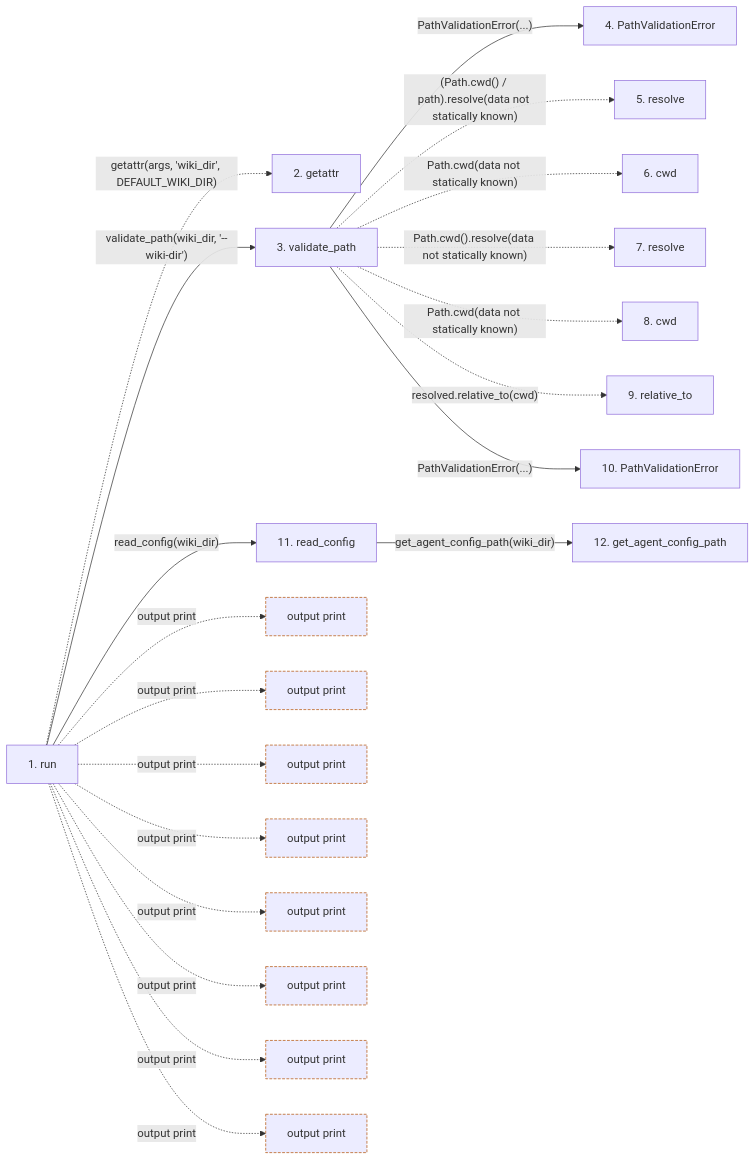
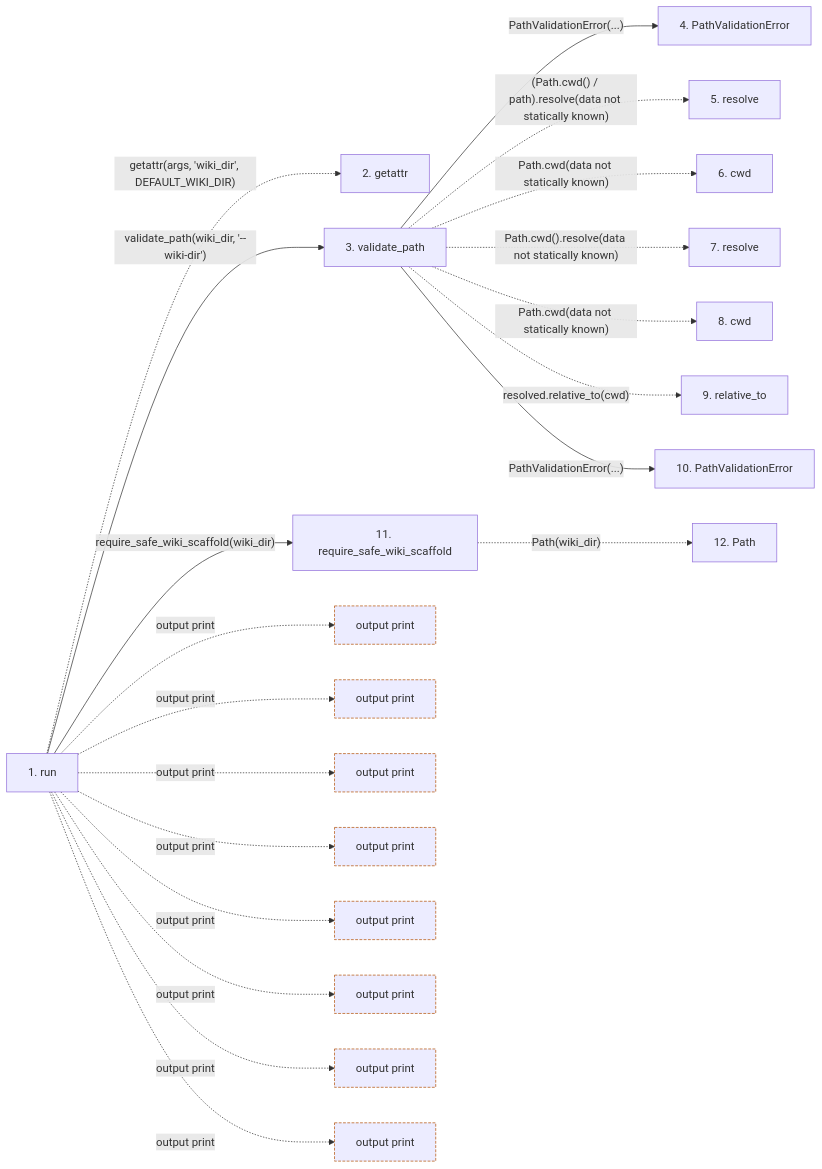
One commit to Denissvgn/python-wiki-llm changed the second of 2 diagrams in docs/llm_wiki/flows/cli-upgrade.md. Above: the diagram before and after it, drawn with Mermaid. The commit also changed other lines of this file and 364 other files, not shown here.

````diff
--- a/docs/llm_wiki/flows/cli-upgrade.md
+++ b/docs/llm_wiki/flows/cli-upgrade.md
@@ -88,57 +89,56 @@
 ```mermaid
 flowchart LR
     s1["1. run"]
     s2["2. getattr"]
     s3["3. validate_path"]
     s4["4. PathValidationError"]
     s5["5. resolve"]
     s6["6. cwd"]
     s7["7. resolve"]
     s8["8. cwd"]
     s9["9. relative_to"]
     s10["10. PathValidationError"]
-    s11["11. read_config"]
-    s12["12. get_agent_config_path"]
+    s11["11. require_safe_wiki_scaffold"]
+    s12["12. Path"]
     s1 -. "getattr(args, 'wiki_dir', DEFAULT_WIKI_DIR)" .-> s2
     s1 -->|"validate_path(wiki_dir, '--wiki-dir')"| s3
     s3 -->|"PathValidationError(...)"| s4
     s3 -. "(Path.cwd() / path).resolve(data not statically known)" .-> s5
     s3 -. "Path.cwd(data not statically known)" .-> s6
     s3 -. "Path.cwd().resolve(data not statically known)" .-> s7
     s3 -. "Path.cwd(data not statically known)" .-> s8
     s3 -. "resolved.relative_to(cwd)" .-> s9
     s3 -->|"PathValidationError(...)"| s10
-    s1 -->|"read_config(wiki_dir)"| s11
-    s11 -->|"get_agent_config_path(wiki_dir)"| s12
+    s1 -->|"require_safe_wiki_scaffold(wiki_dir)"| s11
+    s11 -. "Path(wiki_dir)" .-> s12
     b0["output print"]
     s1 -. "output print" .-> b0
     b1["output print"]
     s1 -. "output print" .-> b1
     b2["output print"]
     s1 -. "output print" .-> b2
     b3["output print"]
     s1 -. "output print" .-> b3
     b4["output print"]
     s1 -. "output print" .-> b4
     b5["output print"]
     s1 -. "output print" .-> b5
     b6["output print"]
     s1 -. "output print" .-> b6
     b7["output print"]
     s1 -. "output print" .-> b7
     click s1 "../modules/upgrade_cmd.md"
     click s3 "../modules/config.md"
     click s4 "../modules/config.md"
     click s10 "../modules/config.md"
-    click s11 "../modules/config.md"
-    click s12 "../modules/config.md"
+    click s11 "../modules/wiki_lifecycle.md"
     classDef boundary stroke:#b45309,stroke-dasharray: 4 2
     class b0 boundary
     class b1 boundary
     class b2 boundary
     class b3 boundary
     class b4 boundary
     class b5 boundary
     class b6 boundary
     class b7 boundary
 ```
````
